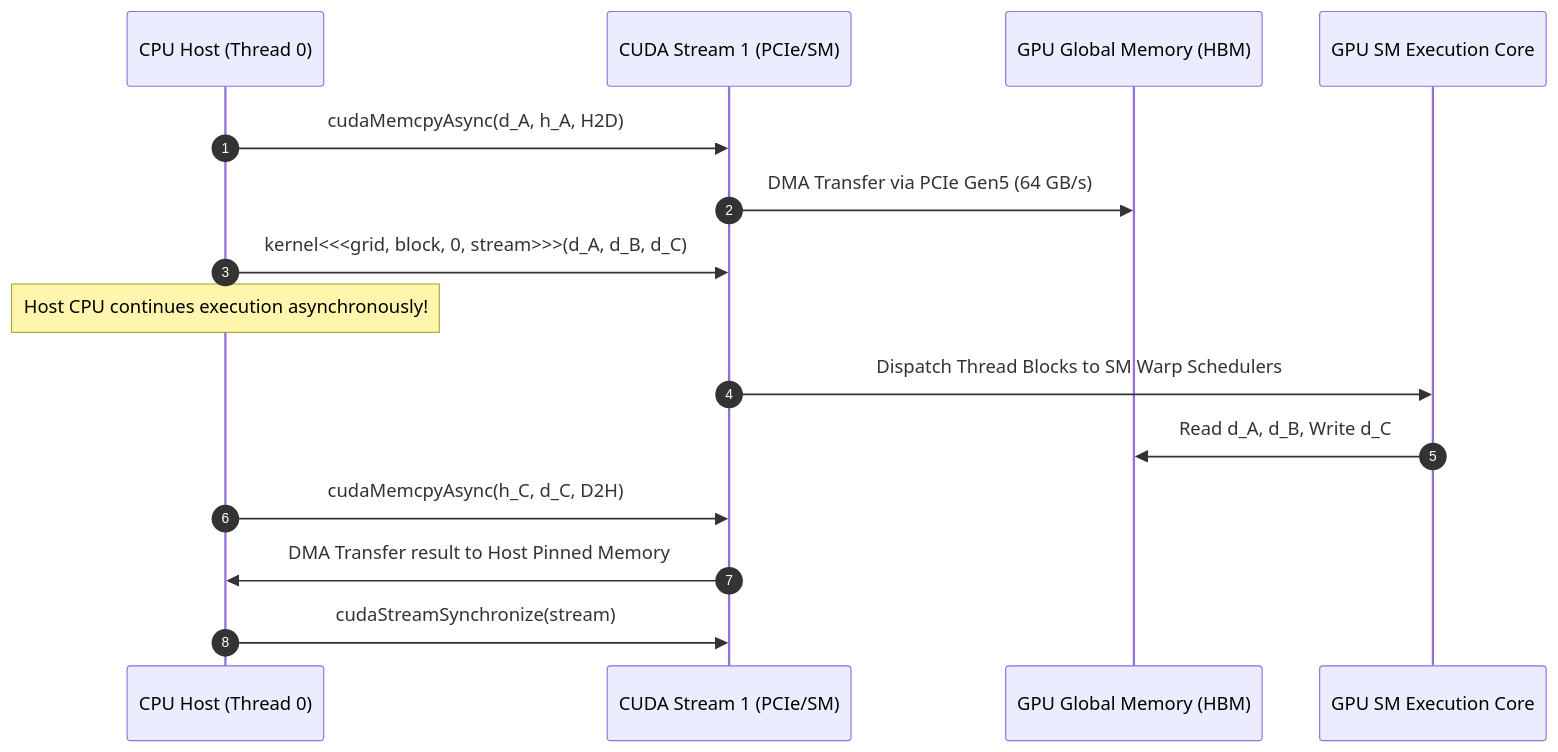
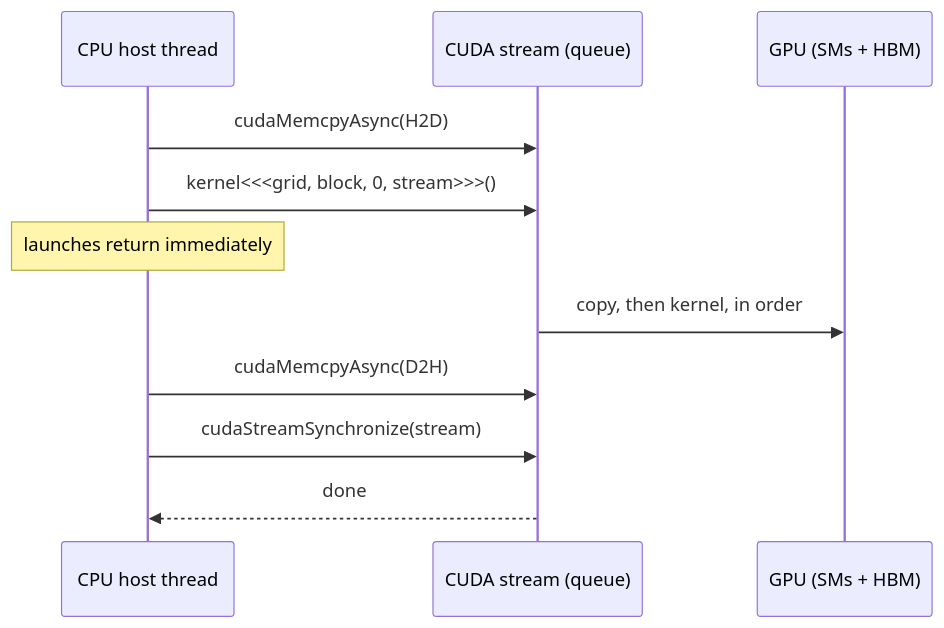
One commit to reddykarthikeya1/AI-Systems-Mastery changed the diagram in 07_GPU_Programming_and_AI_Kernels/Module_02_CUDA_Cpp_Programming_Fundamentals/01_README.md. Above: the diagram before and after it, drawn with Mermaid. The commit also changed other lines of this file and 54 other files, not shown here.

````diff
--- a/07_GPU_Programming_and_AI_Kernels/Module_02_CUDA_Cpp_Programming_Fundamentals/01_README.md
+++ b/07_GPU_Programming_and_AI_Kernels/Module_02_CUDA_Cpp_Programming_Fundamentals/01_README.md
@@ -10,18 +17,13 @@
 ```mermaid
 sequenceDiagram
-    autonumber
-    participant Host as CPU Host (Thread 0)
-    participant Stream as CUDA Stream 1 (PCIe/SM)
-    participant DevMem as GPU Global Memory (HBM)
-    participant SM as GPU SM Execution Core
-
-    Host->>Stream: cudaMemcpyAsync(d_A, h_A, H2D)
-    Stream->>DevMem: DMA Transfer via PCIe Gen5 (64 GB/s)
-    Host->>Stream: kernel<<<grid, block, 0, stream>>>(d_A, d_B, d_C)
-    Note over Host: Host CPU continues execution asynchronously!
-    Stream->>SM: Dispatch Thread Blocks to SM Warp Schedulers
-    SM->>DevMem: Read d_A, d_B, Write d_C
-    Host->>Stream: cudaMemcpyAsync(h_C, d_C, D2H)
-    Stream->>Host: DMA Transfer result to Host Pinned Memory
+    participant Host as CPU host thread
+    participant Stream as CUDA stream (queue)
+    participant GPU as GPU (SMs + HBM)
+    Host->>Stream: cudaMemcpyAsync(H2D)
+    Host->>Stream: kernel<<<grid, block, 0, stream>>>()
+    Note over Host: launches return immediately
+    Stream->>GPU: copy, then kernel, in order
+    Host->>Stream: cudaMemcpyAsync(D2H)
     Host->>Stream: cudaStreamSynchronize(stream)
+    Stream-->>Host: done
 ```
````
